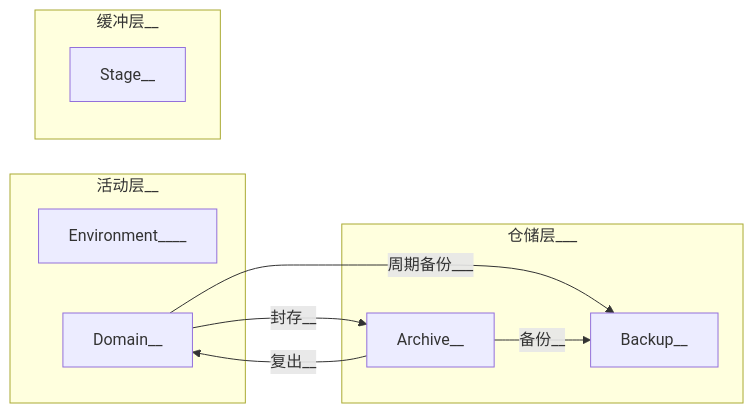
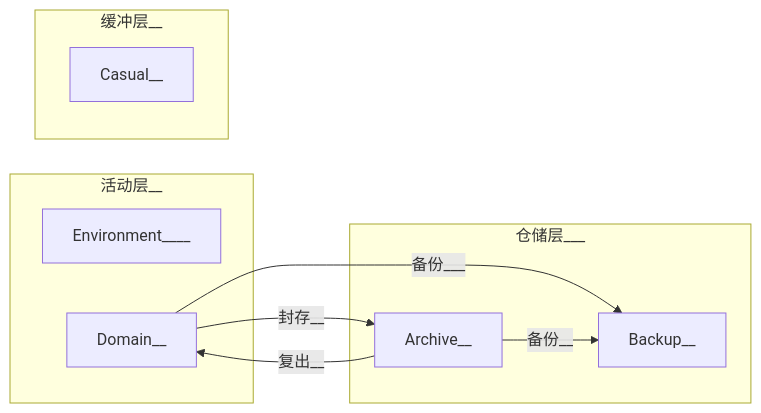
The diagram in __index__.md (IceTiki/File_Management), drawn with Mermaid before and after one commit. The commit also changed other lines of this file, not shown here.

````diff
--- a/__index__.md
+++ b/__index__.md
@@ -34,23 +36,23 @@
 ```mermaid
 graph LR
 	subgraph 活动层__
 		Environment____
         Domain__
     end
     subgraph 仓储层___
     	Archive__
     	Backup__
         Domain__-->|封存__|Archive__
         Archive__-->|复出__|Domain__
-        Domain__-->|周期备份___|Backup__
+        Domain__-->|备份___|Backup__
         Archive__-->|备份__|Backup__
     end
     subgraph 缓冲层__
-        Stage__
+        Casual__
 	end
     click Domain__ "#领域" _blank
     click Environment____ "#环境" _blank
     click Archive__ "#存档" _blank
     click Backup__ "#备份" _blank
-    click Stage__ "#暂存" _blank
+    click Casual__ "#临时" _blank
 ```
````
